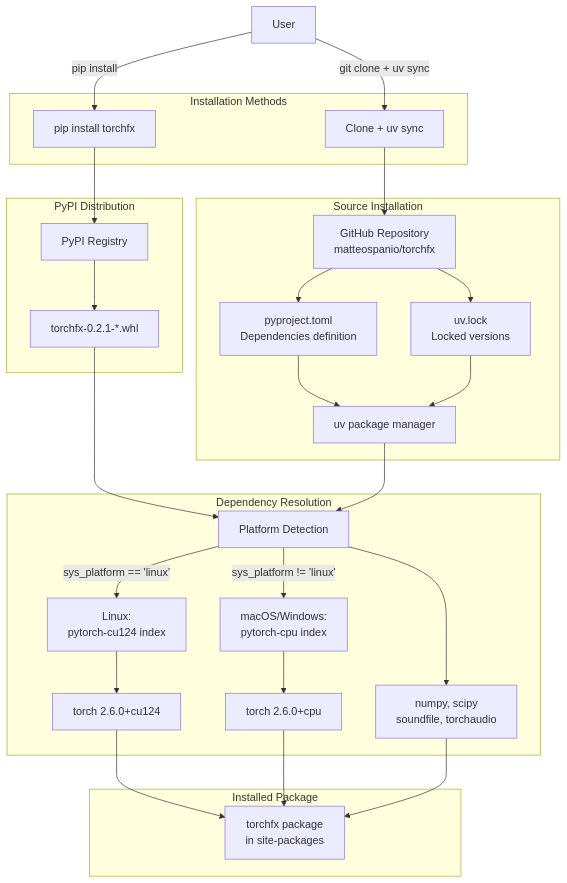
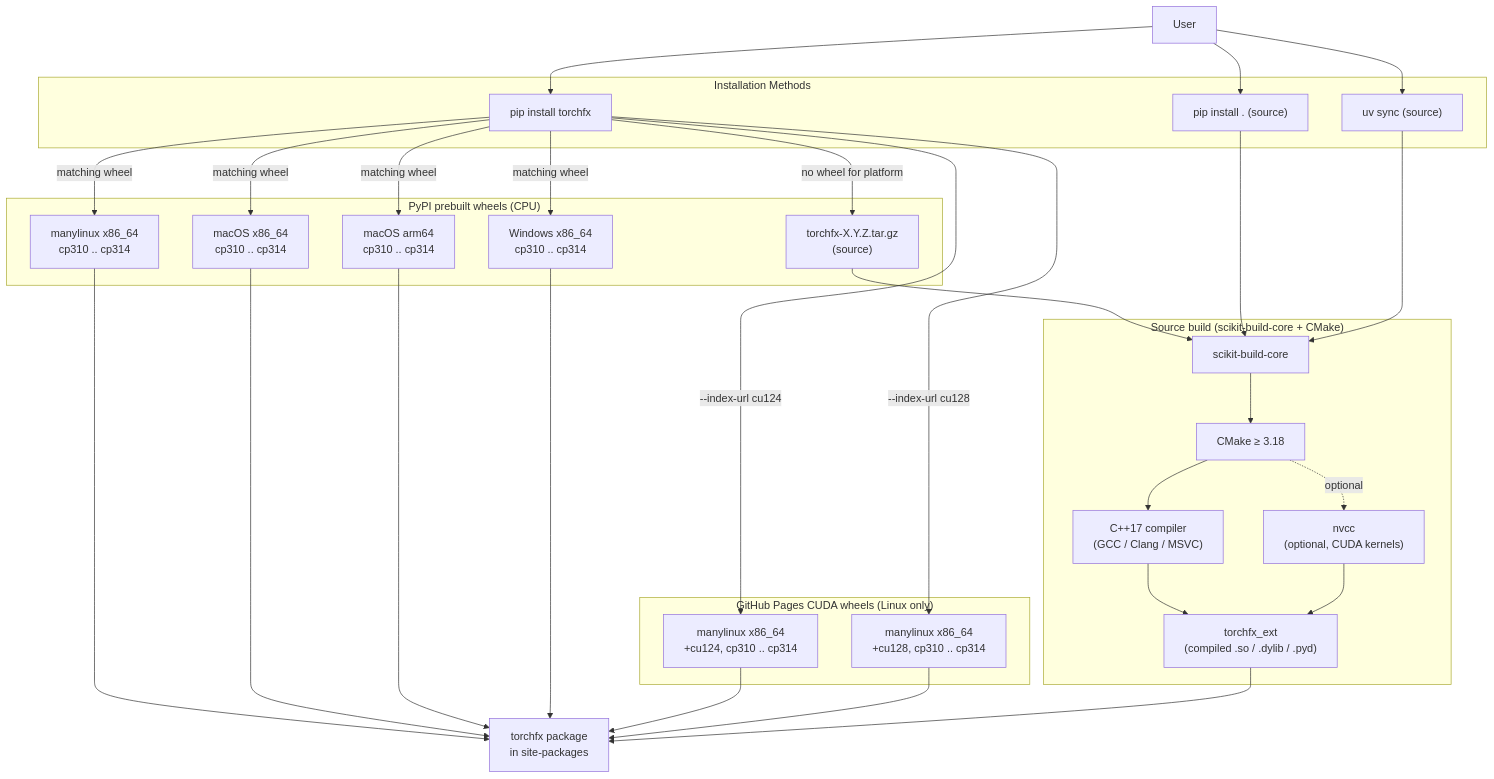
One commit to matteospanio/torchfx changed the diagram in docs/source/guides/getting-started/installation.md. Above: the diagram before and after it, drawn with Mermaid. The commit also changed other lines of this file and 1 other file, not shown here.

First line of the commit message:
📝 Rewrite installation and getting-started guides

````diff
--- a/docs/source/guides/getting-started/installation.md
+++ b/docs/source/guides/getting-started/installation.md
@@ -90,59 +152,62 @@
 ```{mermaid}
 graph TB
     User["User"]
 
     subgraph "Installation Methods"
-        PipInstall["pip install torchfx"]
-        SourceInstall["Clone + uv sync"]
+        PipPyPI["pip install torchfx"]
+        PipSource["pip install . (source)"]
+        UvSync["uv sync (source)"]
     end
 
-    subgraph "PyPI Distribution"
-        PyPI["PyPI Registry"]
-        Wheel["torchfx-0.2.1-*.whl"]
+    subgraph "PyPI prebuilt wheels (CPU)"
+        ManyLinux["manylinux x86_64<br/>cp310 .. cp314"]
+        MacIntel["macOS x86_64<br/>cp310 .. cp314"]
+        MacArm["macOS arm64<br/>cp310 .. cp314"]
+        Win["Windows x86_64<br/>cp310 .. cp314"]
+        Sdist["torchfx-X.Y.Z.tar.gz<br/>(source)"]
     end
 
-    subgraph "Source Installation"
-        GitRepo["GitHub Repository<br/>matteospanio/torchfx"]
-        PyProject["pyproject.toml<br/>Dependencies definition"]
-        UVLock["uv.lock<br/>Locked versions"]
-        UV["uv package manager"]
+    subgraph "GitHub Pages CUDA wheels (Linux only)"
+        CU124["manylinux x86_64<br/>+cu124, cp310 .. cp314"]
+        CU128["manylinux x86_64<br/>+cu128, cp310 .. cp314"]
     end
 
-    subgraph "Dependency Resolution"
-        DepResolver["Platform Detection"]
-        LinuxPath["Linux:<br/>pytorch-cu124 index"]
-        NonLinuxPath["macOS/Windows:<br/>pytorch-cpu index"]
-        PyTorchCUDA["torch 2.6.0+cu124"]
-        PyTorchCPU["torch 2.6.0+cpu"]
-        OtherDeps["numpy, scipy<br/>soundfile, torchaudio"]
+    subgraph "Source build (scikit-build-core + CMake)"
+        SBC["scikit-build-core"]
+        CMake["CMake ≥ 3.18"]
+        Cxx["C++17 compiler<br/>(GCC / Clang / MSVC)"]
+        Nvcc["nvcc<br/>(optional, CUDA kernels)"]
+        Ext["torchfx_ext<br/>(compiled .so / .dylib / .pyd)"]
     end
 
-    subgraph "Installed Package"
-        TorchFXPkg["torchfx package<br/>in site-packages"]
-    end
+    Installed["torchfx package<br/>in site-packages"]
 
-    User -->|pip install| PipInstall
-    User -->|git clone + uv sync| SourceInstall
+    User --> PipPyPI
+    User --> PipSource
+    User --> UvSync
 
-    PipInstall --> PyPI
-    PyPI --> Wheel
-    Wheel --> DepResolver
+    PipPyPI -->|matching wheel| ManyLinux
+    PipPyPI -->|matching wheel| MacIntel
+    PipPyPI -->|matching wheel| MacArm
+    PipPyPI -->|matching wheel| Win
+    PipPyPI -->|"--index-url cu124"| CU124
+    PipPyPI -->|"--index-url cu128"| CU128
+    PipPyPI -->|no wheel for platform| Sdist
+    ManyLinux --> Installed
+    MacIntel --> Installed
+    MacArm --> Installed
+    Win --> Installed
+    CU124 --> Installed
+    CU128 --> Installed
 
-    SourceInstall --> GitRepo
-    GitRepo --> PyProject
-    GitRepo --> UVLock
-    PyProject --> UV
-    UVLock --> UV
-    UV --> DepResolver
+    Sdist --> SBC
+    PipSource --> SBC
+    UvSync --> SBC
 
-    DepResolver -->|sys_platform == 'linux'| LinuxPath
-    DepResolver -->|sys_platform != 'linux'| NonLinuxPath
-
-    LinuxPath --> PyTorchCUDA
-    NonLinuxPath --> PyTorchCPU
-
-    PyTorchCUDA --> TorchFXPkg
-    PyTorchCPU --> TorchFXPkg
-    DepResolver --> OtherDeps
-    OtherDeps --> TorchFXPkg
+    SBC --> CMake
+    CMake --> Cxx
+    CMake -. optional .-> Nvcc
+    Cxx --> Ext
+    Nvcc --> Ext
+    Ext --> Installed
 ```
````
